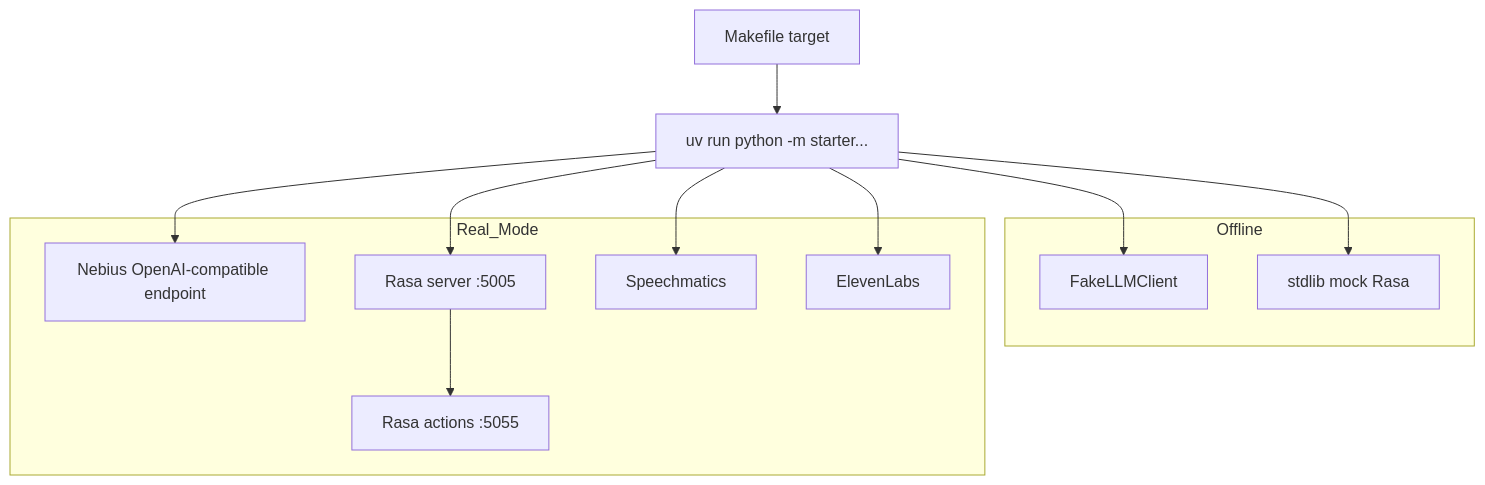
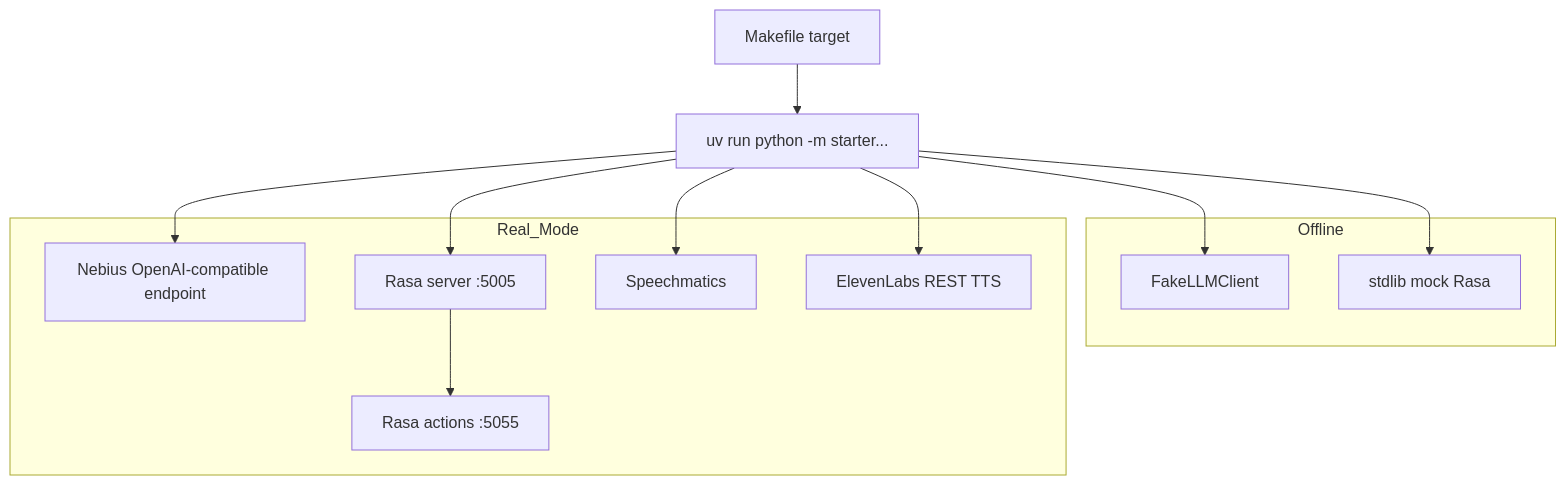
One commit to khab40/homework-pub-booking changed the second of 3 diagrams in docs/architecture/system-overview.md. Above: the diagram before and after it, drawn with Mermaid. The commit also changed other lines of this file and 121 other files, not shown here.

````diff
--- a/docs/architecture/system-overview.md
+++ b/docs/architecture/system-overview.md
@@ -45,25 +45,25 @@
 ```mermaid
 flowchart TB
     Make[Makefile target] --> Python[uv run python -m starter...]
 
     subgraph Offline
         FakeLLM[FakeLLMClient]
         MockRasa[stdlib mock Rasa]
     end
 
     subgraph Real_Mode
         Nebius[Nebius OpenAI-compatible endpoint]
         RasaServer[Rasa server :5005]
         RasaActions[Rasa actions :5055]
         Speechmatics[Speechmatics]
-        ElevenLabs[ElevenLabs]
+        ElevenLabs[ElevenLabs REST TTS]
     end
 
     Python --> FakeLLM
     Python --> MockRasa
     Python --> Nebius
     Python --> RasaServer
     RasaServer --> RasaActions
     Python --> Speechmatics
     Python --> ElevenLabs
 ```
````
